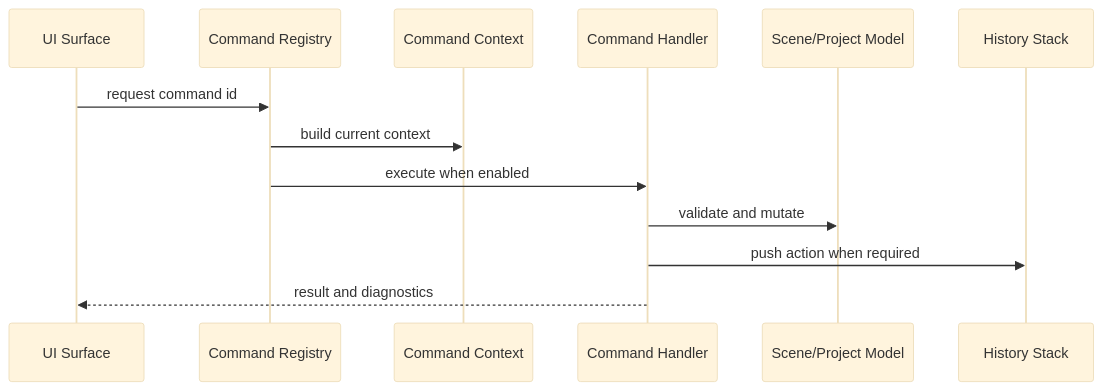
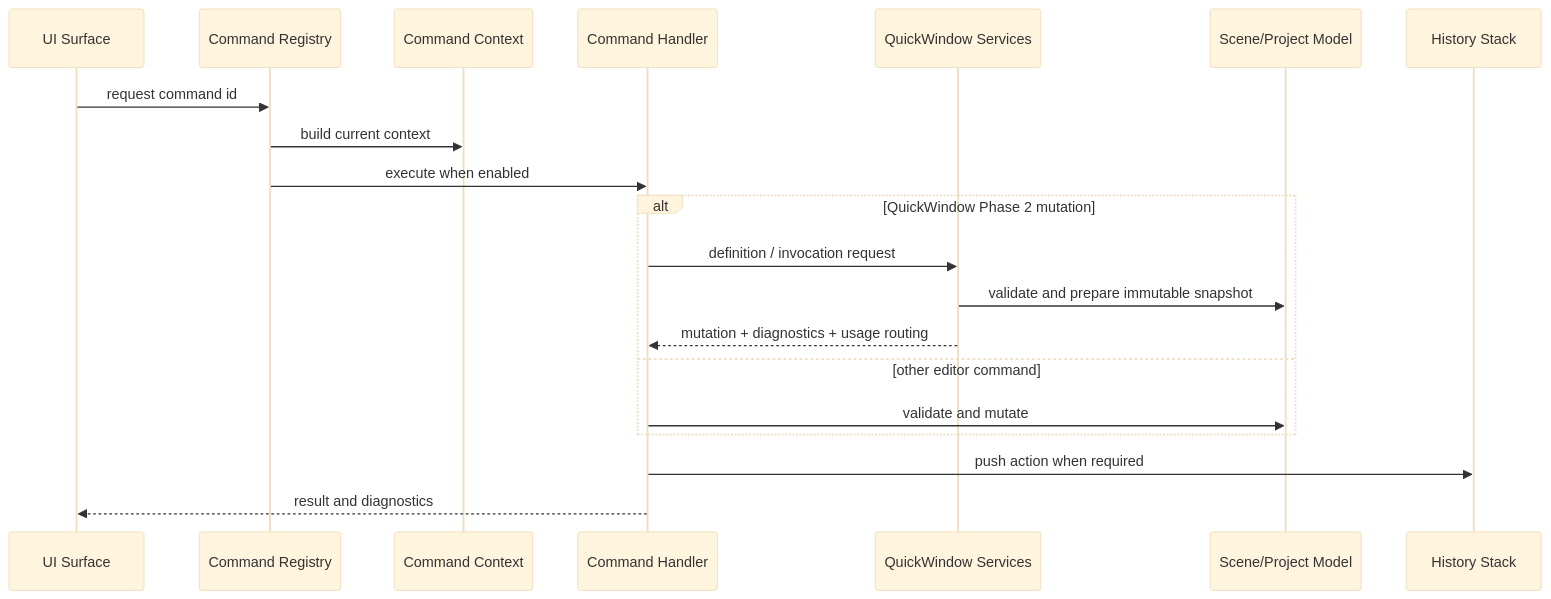
Before and after one commit to technologiesflorizon/scadabuilder: the diagram in docs/04_editor/COMMANDS_CONTRACT_V2.md, drawn with Mermaid (base theme). The commit also changed other lines of this file and 16 other files, not shown here.

Commit message:
docs: record quick window phase 2

````diff
--- a/docs/04_editor/COMMANDS_CONTRACT_V2.md
+++ b/docs/04_editor/COMMANDS_CONTRACT_V2.md
@@ -63,15 +64,22 @@
 ```mermaid
 sequenceDiagram
   participant Surface as UI Surface
   participant Registry as Command Registry
   participant Context as Command Context
   participant Handler as Command Handler
+  participant QuickWindow as QuickWindow Services
   participant Model as Scene/Project Model
   participant History as History Stack
   Surface->>Registry: request command id
   Registry->>Context: build current context
   Registry->>Handler: execute when enabled
-  Handler->>Model: validate and mutate
+  alt QuickWindow Phase 2 mutation
+    Handler->>QuickWindow: definition / invocation request
+    QuickWindow->>Model: validate and prepare immutable snapshot
+    QuickWindow-->>Handler: mutation + diagnostics + usage routing
+  else other editor command
+    Handler->>Model: validate and mutate
+  end
   Handler->>History: push action when required
   Handler-->>Surface: result and diagnostics
 ```
````
